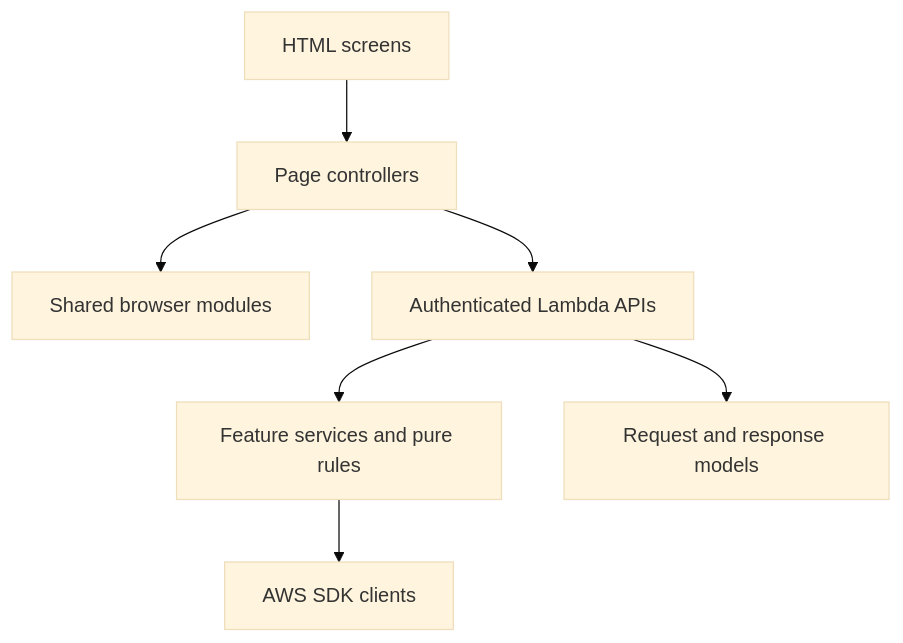
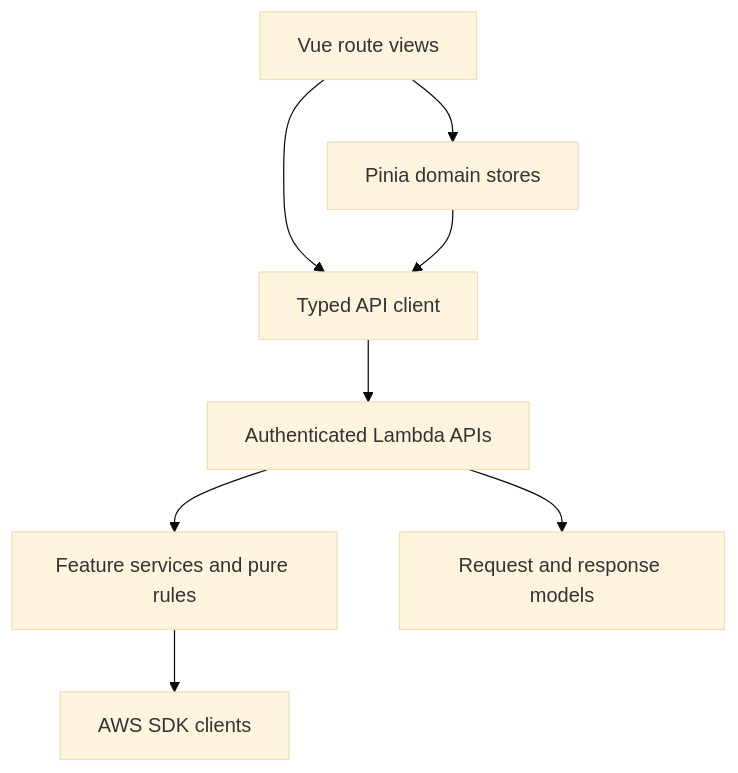
The diagram in docs/refactoring.md (leonard002-sas/basket-schedule-app-lambda), drawn with Mermaid (base theme) before and after one commit. The commit also changed other lines of this file and 36 other files, not shown here.

````diff
--- a/docs/refactoring.md
+++ b/docs/refactoring.md
@@ -9,9 +9,10 @@
 ```mermaid
 flowchart TD
-    Html[HTML screens] --> PageJs[Page controllers]
-    PageJs --> SharedUi[Shared browser modules]
-    PageJs --> Api[Authenticated Lambda APIs]
+    Vue[Vue route views] --> Store[Pinia domain stores]
+    Vue --> Client[Typed API client]
+    Store --> Client
+    Client --> Api[Authenticated Lambda APIs]
     Api --> Domain[Feature services and pure rules]
     Domain --> AwsSdk[AWS SDK clients]
     Api --> Models[Request and response models]
 ```
````
